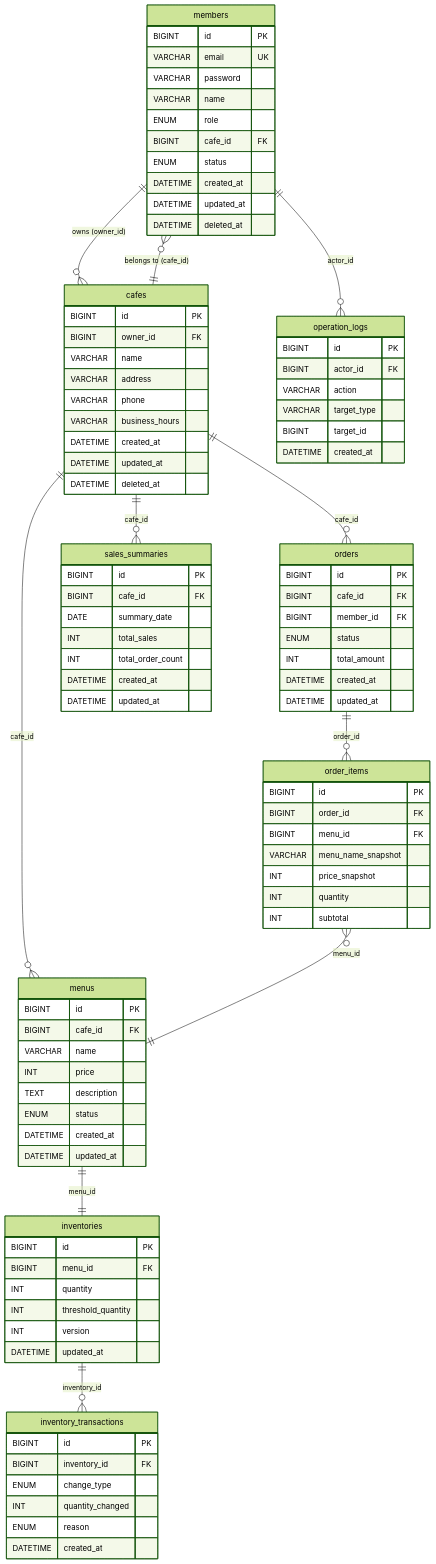
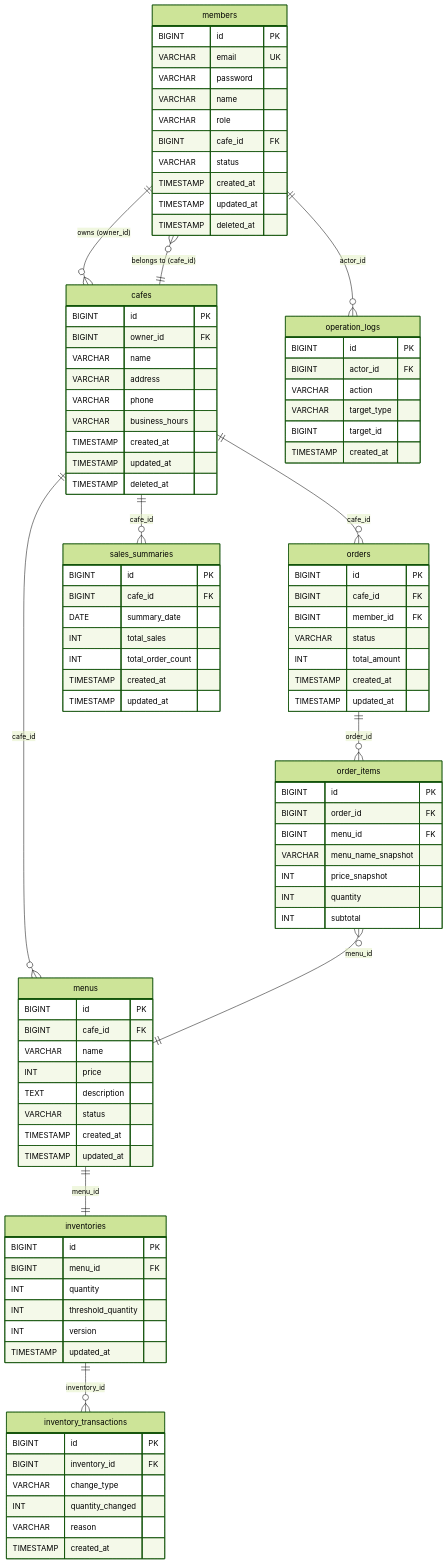
Before and after one commit to Junbamm/CafePilot: the diagram in docs/04-erd.md, drawn with Mermaid (forest theme). The commit also changed other lines of this file and 4 other files, not shown here.

```diff
--- a/docs/04-erd.md
+++ b/docs/04-erd.md
@@ -23,12 +24,12 @@
         VARCHAR email UK
         VARCHAR password
         VARCHAR name
-        ENUM role
+        VARCHAR role
         BIGINT cafe_id FK
-        ENUM status
-        DATETIME created_at
-        DATETIME updated_at
-        DATETIME deleted_at
+        VARCHAR status
+        TIMESTAMP created_at
+        TIMESTAMP updated_at
+        TIMESTAMP deleted_at
     }
 
     cafes {
@@ -38,9 +39,9 @@
         VARCHAR address
         VARCHAR phone
         VARCHAR business_hours
-        DATETIME created_at
-        DATETIME updated_at
-        DATETIME deleted_at
+        TIMESTAMP created_at
+        TIMESTAMP updated_at
+        TIMESTAMP deleted_at
     }
 
     menus {
@@ -49,9 +50,9 @@
         VARCHAR name
         INT price
         TEXT description
-        ENUM status
-        DATETIME created_at
-        DATETIME updated_at
+        VARCHAR status
+        TIMESTAMP created_at
+        TIMESTAMP updated_at
     }
 
     inventories {
@@ -60,26 +61,26 @@
         INT quantity
         INT threshold_quantity
         INT version
-        DATETIME updated_at
+        TIMESTAMP updated_at
     }
 
     inventory_transactions {
         BIGINT id PK
         BIGINT inventory_id FK
-        ENUM change_type
+        VARCHAR change_type
         INT quantity_changed
-        ENUM reason
-        DATETIME created_at
+        VARCHAR reason
+        TIMESTAMP created_at
     }
 
     orders {
         BIGINT id PK
         BIGINT cafe_id FK
         BIGINT member_id FK
-        ENUM status
+        VARCHAR status
         INT total_amount
-        DATETIME created_at
-        DATETIME updated_at
+        TIMESTAMP created_at
+        TIMESTAMP updated_at
     }
 
     order_items {
@@ -98,8 +99,8 @@
         DATE summary_date
         INT total_sales
         INT total_order_count
-        DATETIME created_at
-        DATETIME updated_at
+        TIMESTAMP created_at
+        TIMESTAMP updated_at
     }
 
     operation_logs {
@@ -108,7 +109,7 @@
         VARCHAR action
         VARCHAR target_type
         BIGINT target_id
-        DATETIME created_at
+        TIMESTAMP created_at
     }
 
     members ||--o{ cafes : "owns (owner_id)"
```
